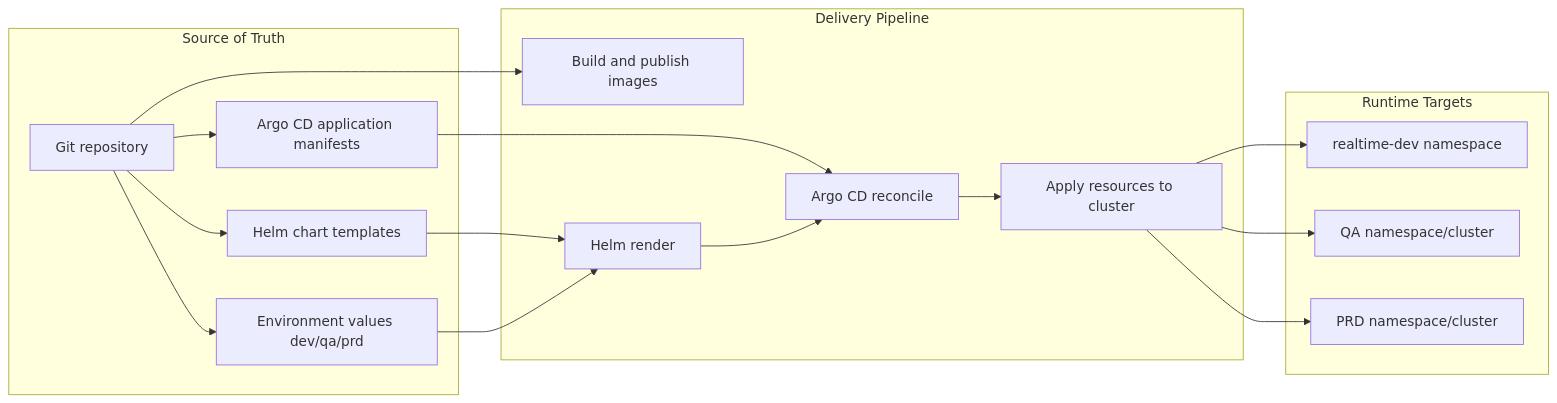
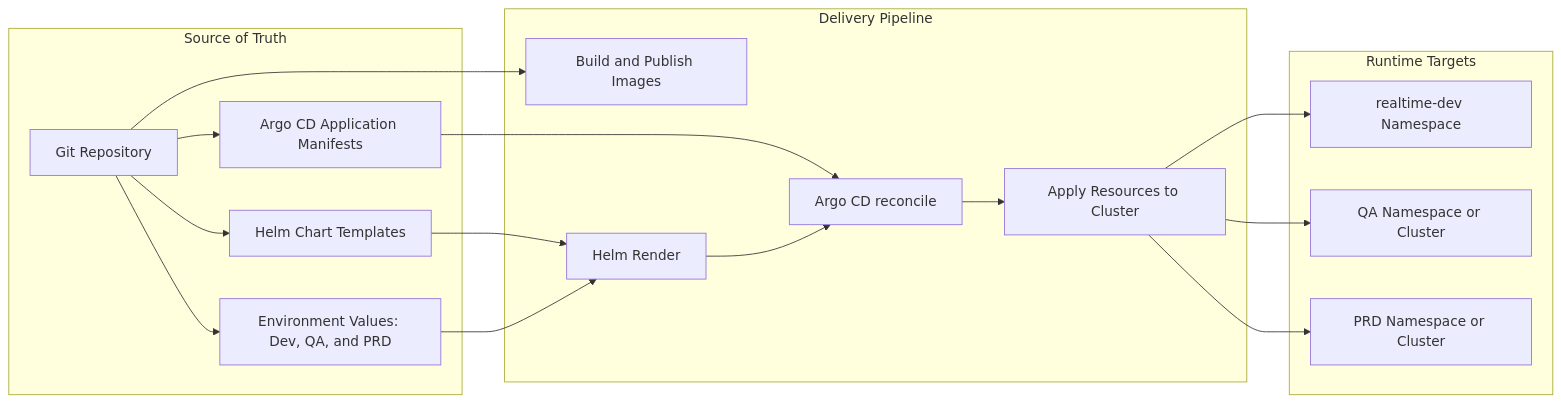
Before and after one commit to paulchen8206/Full-Stack-Modern-Data-Architecture-and-Engineering: the diagram in cicd/readme.md, drawn with Mermaid. The commit also changed 122 other files, not shown here.

````diff
--- a/cicd/readme.md
+++ b/cicd/readme.md
@@ -48,35 +48,35 @@
 ```mermaid
 flowchart LR
   subgraph S[Source of Truth]
-    GIT[Git repository]
-    CHART[Helm chart templates]
-    VALUES[Environment values dev/qa/prd]
-    APP[Argo CD application manifests]
+    GIT[Git Repository]
+    CHART[Helm Chart Templates]
+    VALUES[Environment Values: Dev, QA, and PRD]
+    APP[Argo CD Application Manifests]
   end
 
   subgraph P[Delivery Pipeline]
-    BUILD[Build and publish images]
-    RENDER[Helm render]
+    BUILD[Build and Publish Images]
+    RENDER[Helm Render]
     ARGO[Argo CD reconcile]
-    APPLY[Apply resources to cluster]
+    APPLY[Apply Resources to Cluster]
   end
 
   subgraph T[Runtime Targets]
-    DEV[realtime-dev namespace]
-    QA[QA namespace/cluster]
-    PRD[PRD namespace/cluster]
+    DEV[realtime-dev Namespace]
+    QA[QA Namespace or Cluster]
+    PRD[PRD Namespace or Cluster]
   end
 
   GIT --> BUILD
   GIT --> CHART
   GIT --> VALUES
   GIT --> APP
   CHART --> RENDER
   VALUES --> RENDER
   APP --> ARGO
   RENDER --> ARGO
   ARGO --> APPLY
   APPLY --> DEV
   APPLY --> QA
   APPLY --> PRD
 ```
````
